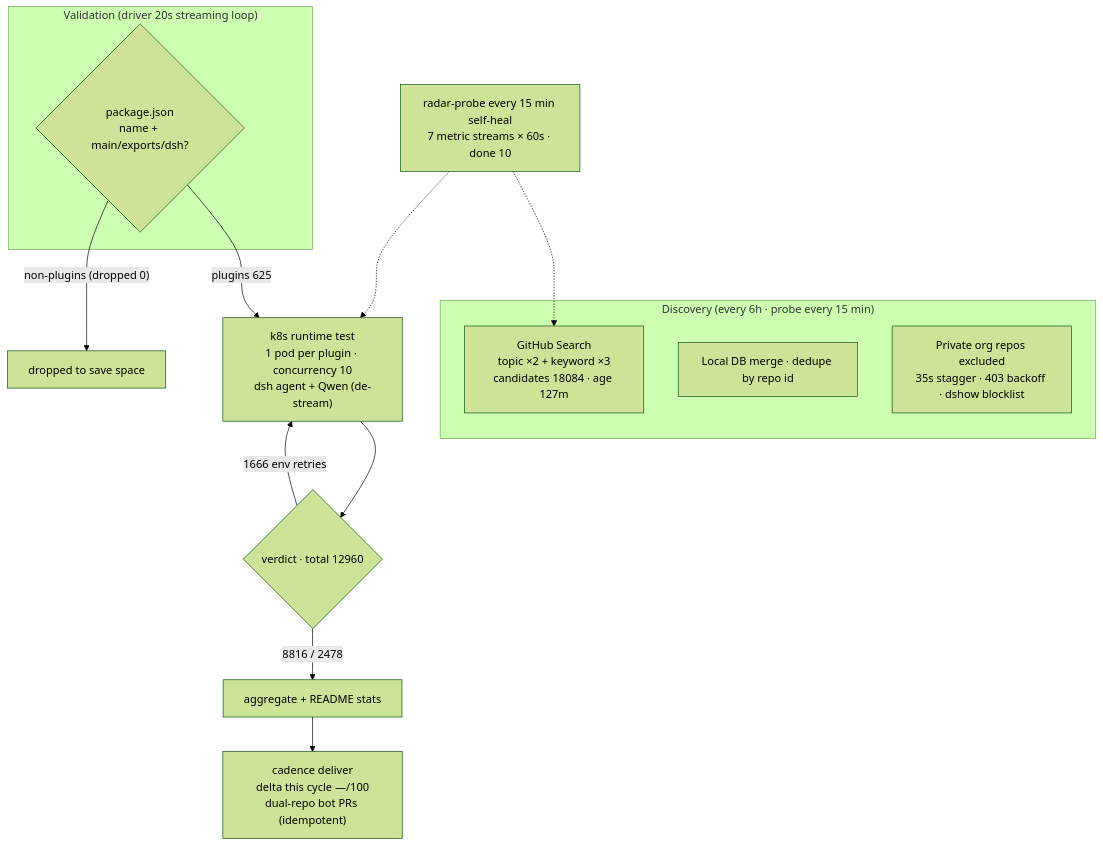
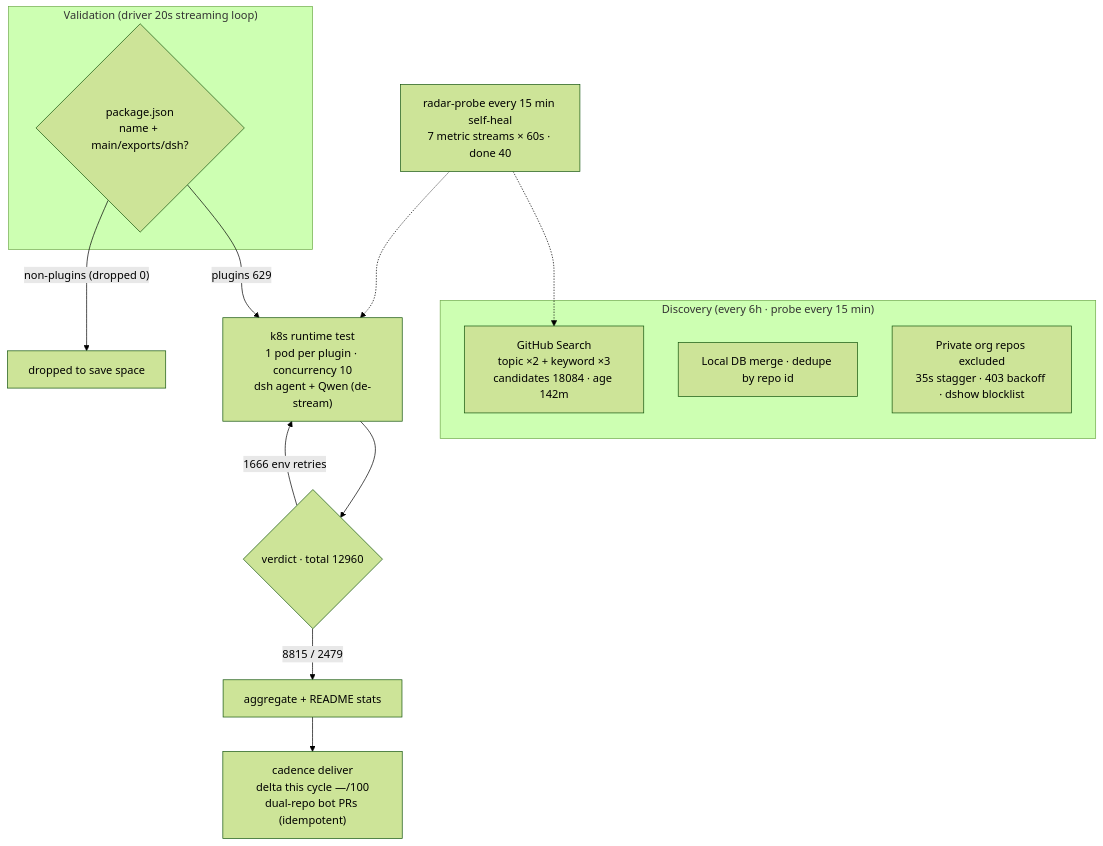
The diagram in README.en-US.md (AdamPlatin123/awesome-dsh-plugins), drawn with Mermaid (forest theme) before and after one commit. The commit also changed other lines of this file and 5 other files, not shown here.

````diff
--- a/README.en-US.md
+++ b/README.en-US.md
@@ -45,20 +45,20 @@
 ```mermaid
 flowchart TB
     subgraph Discovery["Discovery (every 6h · probe every 15 min)"]
-        A1["GitHub Search<br/>topic ×2 + keyword ×3<br/>candidates 18084 · age 127m"]
+        A1["GitHub Search<br/>topic ×2 + keyword ×3<br/>candidates 18084 · age 142m"]
         A2["Local DB merge · dedupe by repo id"]
         A3["Private org repos excluded<br/>35s stagger · 403 backoff · dshow blocklist"]
     end
     subgraph Validation["Validation (driver 20s streaming loop)"]
         B1{"package.json<br/>name + main/exports/dsh?"}
     end
-    B1 -->|"plugins 625"| C1["k8s runtime test<br/>1 pod per plugin · concurrency 10<br/>dsh agent + Qwen (de-stream)"]
+    B1 -->|"plugins 629"| C1["k8s runtime test<br/>1 pod per plugin · concurrency 10<br/>dsh agent + Qwen (de-stream)"]
     B1 -->|"non-plugins (dropped 0)"| B3["dropped to save space"]
     C1 --> D1{"verdict · total 12960"}
-    D1 -->|"8816 / 2478"| E1["aggregate + README stats"]
+    D1 -->|"8815 / 2479"| E1["aggregate + README stats"]
     D1 -->|"1666 env retries"| C1
     E1 --> E2["cadence deliver<br/>delta this cycle —/100<br/>dual-repo bot PRs (idempotent)"]
-    M["radar-probe every 15 min self-heal<br/>7 metric streams × 60s · done 10"]
+    M["radar-probe every 15 min self-heal<br/>7 metric streams × 60s · done 40"]
     M -.-> A1
     M -.-> C1
 ```
````
